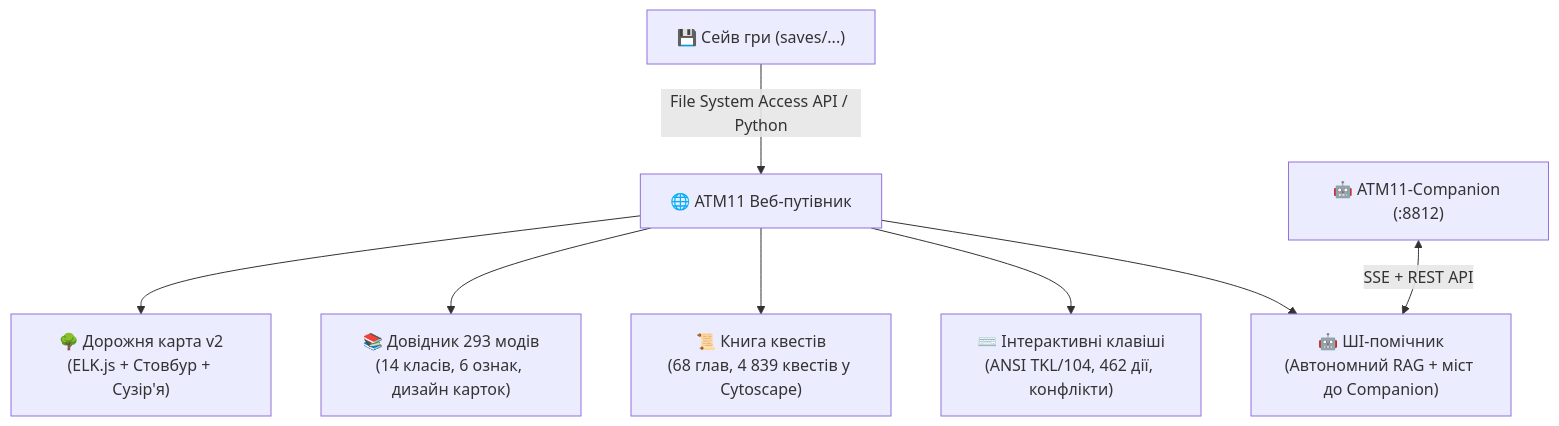
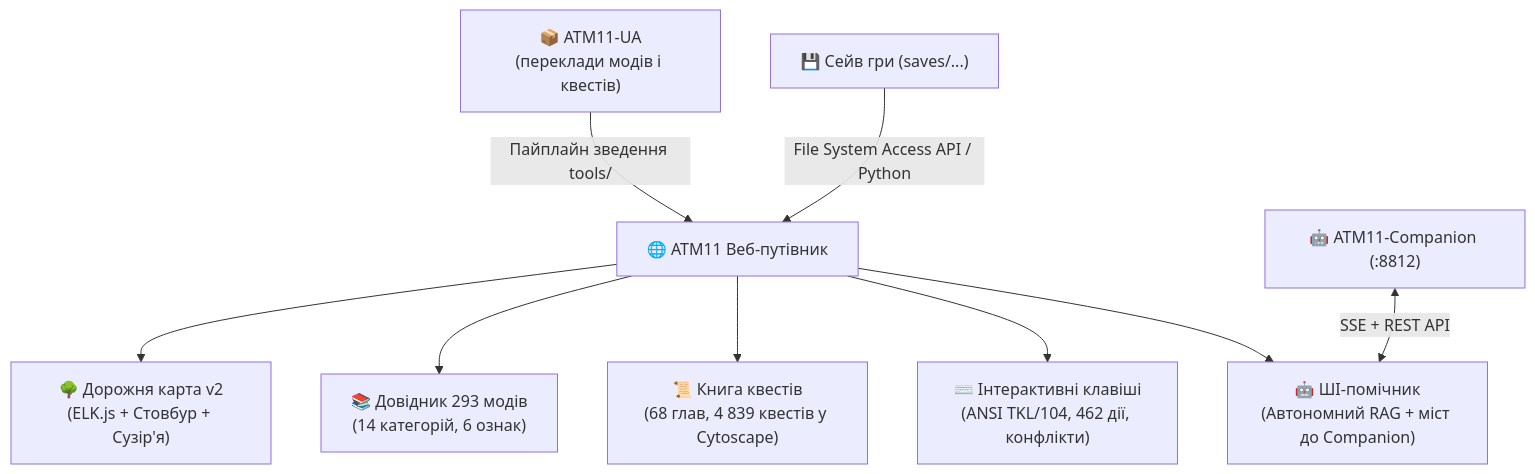
One commit to Shchensnevych/atm11_guide changed the diagram in README.md. Above: the diagram before and after it, drawn with Mermaid.

Commit message:
docs: оновлено схему синергії з ATM11-UA та очищено технічні дрібниці

````diff
--- a/README.md
+++ b/README.md
@@ -18,10 +18,13 @@
 ```mermaid
 flowchart TD
-    Save["💾 Сейв гри (saves/...)"] -->|File System Access API / Python| Guide["🌐 ATM11 Веб-путівник"]
+    Pack["📦 ATM11-UA<br/>(переклади модів і квестів)"] -->|Пайплайн зведення tools/| Guide["🌐 ATM11 Веб-путівник"]
+    Save["💾 Сейв гри (saves/...)"] -->|File System Access API / Python| Guide
+
     Guide --> RM["🌳 Дорожня карта v2<br/>(ELK.js + Стовбур + Сузір'я)"]
-    Guide --> MD["📚 Довідник 293 модів<br/>(14 класів, 6 ознак, дизайн карток)"]
+    Guide --> MD["📚 Довідник 293 модів<br/>(14 категорій, 6 ознак)"]
     Guide --> QB["📜 Книга квестів<br/>(68 глав, 4 839 квестів у Cytoscape)"]
     Guide --> KB["⌨️ Інтерактивні клавіші<br/>(ANSI TKL/104, 462 дії, конфлікти)"]
     Guide --> AS["🤖 ШІ-помічник<br/>(Автономний RAG + міст до Companion)"]
+
     Companion["🤖 ATM11-Companion (:8812)"] <-->|SSE + REST API| AS
 ```
````
